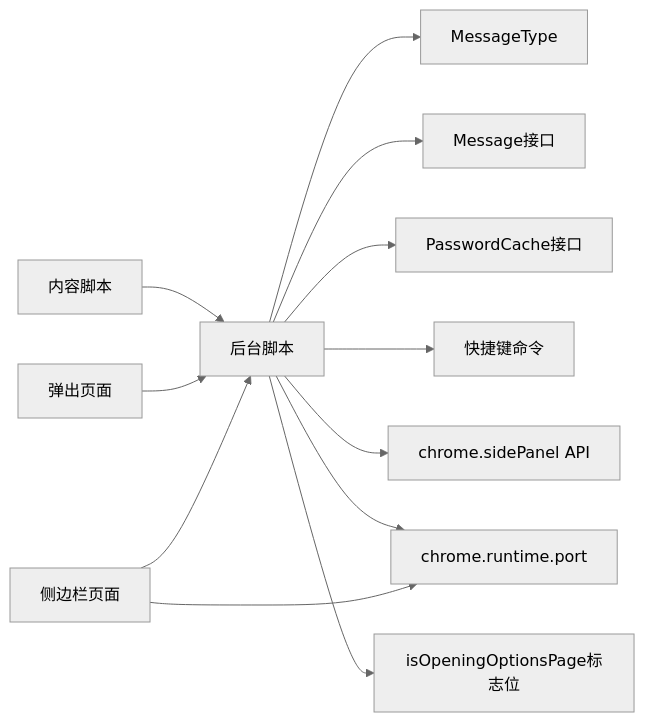
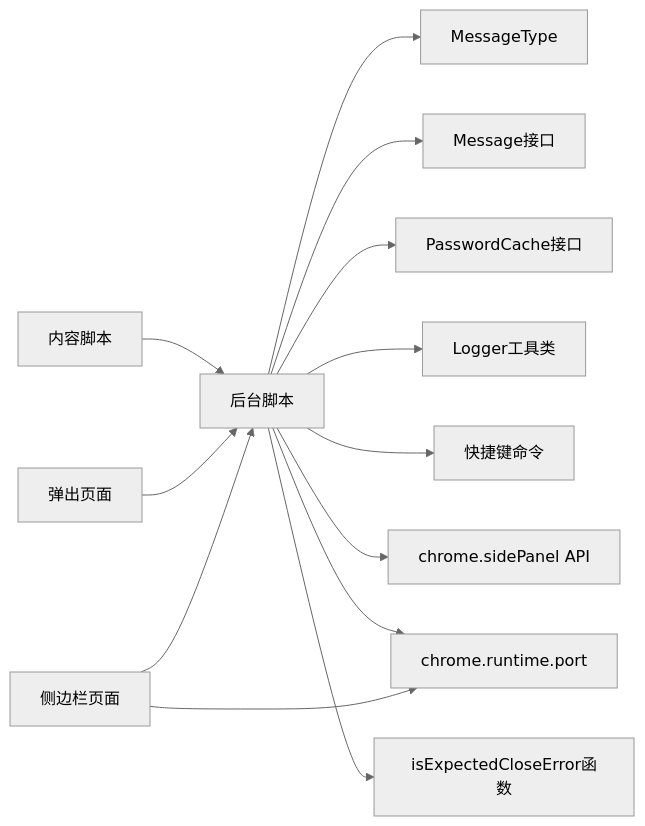
One commit to liaolongdong/account-password-helper changed diagram 14 of 14 in .qoder/repowiki/zh/content/扩展入口点/Background Script.md. Above: the diagram before and after it, drawn with Mermaid (neutral theme). The commit also changed other lines of this file and 7 other files, not shown here.

````diff
--- a/.qoder/repowiki/zh/content/扩展入口点/Background Script.md
+++ b/.qoder/repowiki/zh/content/扩展入口点/Background Script.md
@@ -567,14 +664,15 @@
 ```mermaid
 graph LR
 BG["后台脚本"] --> MT["MessageType"]
 BG --> MSG["Message接口"]
 BG --> PC["PasswordCache接口"]
+BG --> LOGGER["Logger工具类"]
 BG --> CMD["快捷键命令"]
 BG --> API["chrome.sidePanel API"]
 BG --> PORT["chrome.runtime.port"]
-BG --> FLAG["isOpeningOptionsPage标志位"]
+BG --> ERR["isExpectedCloseError函数"]
 CS["内容脚本"] --> BG
 POP["弹出页面"] --> BG
 SP["侧边栏页面"] --> PORT
 SP --> BG
 ```
````
